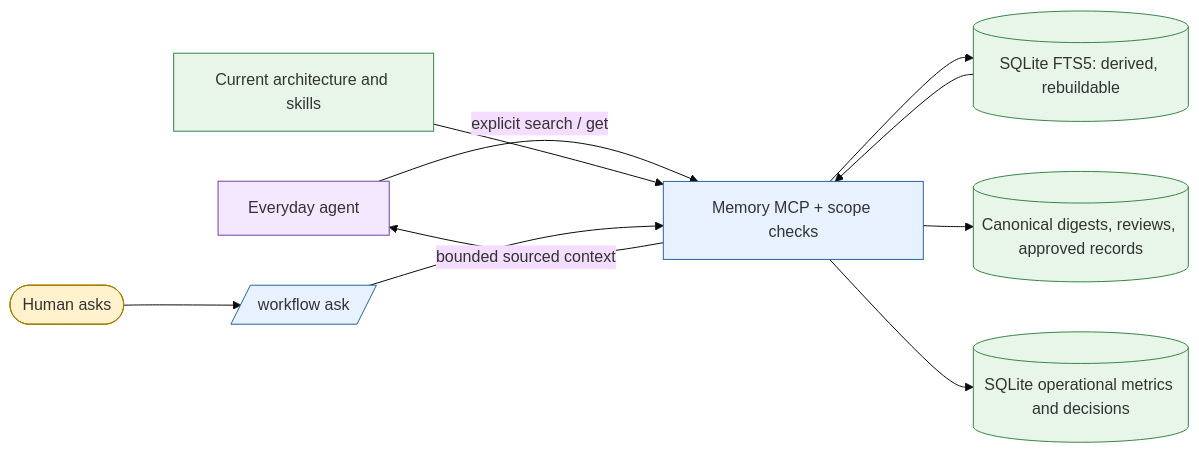
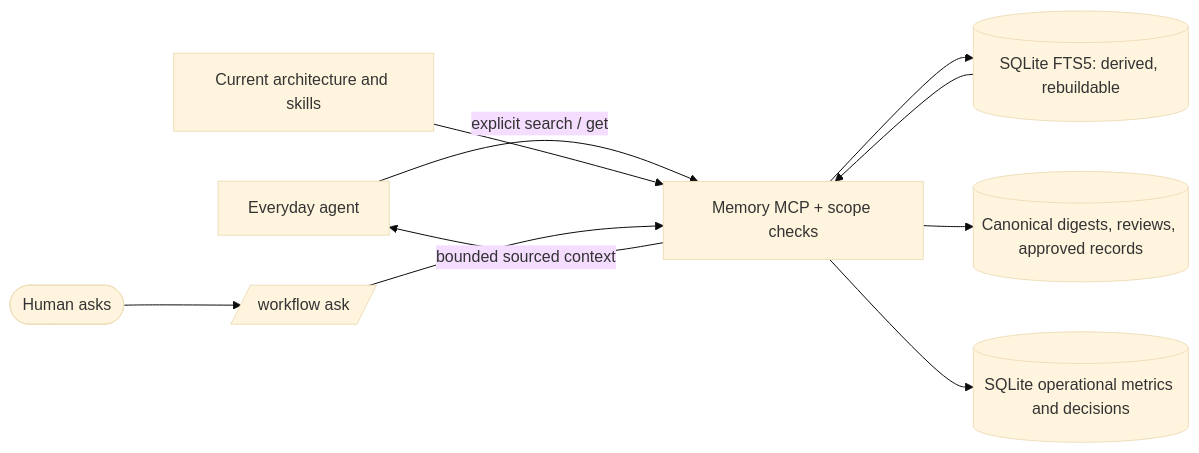
One commit to Jero110/pi-house changed the third of 5 diagrams in docs/architecture.md. Above: the diagram before and after it, drawn with Mermaid (base theme). The commit also changed other lines of this file and 2 other files, not shown here.

First line of the commit message:
fix: run CI on the Node that books-rag needs, and draw diagrams without colors

````diff
--- a/docs/architecture.md
+++ b/docs/architecture.md
@@ -54,14 +46,10 @@
 ```mermaid
 flowchart LR
-  classDef code fill:#e8f1ff,stroke:#2864a0
-  classDef llm fill:#f3e8ff,stroke:#7541a6
-  classDef store fill:#e8f5e9,stroke:#398447
-  classDef human fill:#fff2cc,stroke:#a47b00
-  A[Everyday agent]:::llm -->|explicit search / get| M[Memory MCP + scope checks]:::code
-  M --> F[(SQLite FTS5: derived, rebuildable)]:::store --> M
-  M --> D[(Canonical digests, reviews, approved records)]:::store
-  M --> S[(SQLite operational metrics and decisions)]:::store
-  Q[Current architecture and skills]:::store --> M
+  A[Everyday agent] -->|explicit search / get| M[Memory MCP + scope checks]
+  M --> F[(SQLite FTS5: derived, rebuildable)] --> M
+  M --> D[(Canonical digests, reviews, approved records)]
+  M --> S[(SQLite operational metrics and decisions)]
+  Q[Current architecture and skills] --> M
   M -->|bounded sourced context| A
-  H([Human asks]):::human --> Ask[/workflow ask/]:::code --> M
+  H([Human asks]) --> Ask[/workflow ask/] --> M
 ```
````
